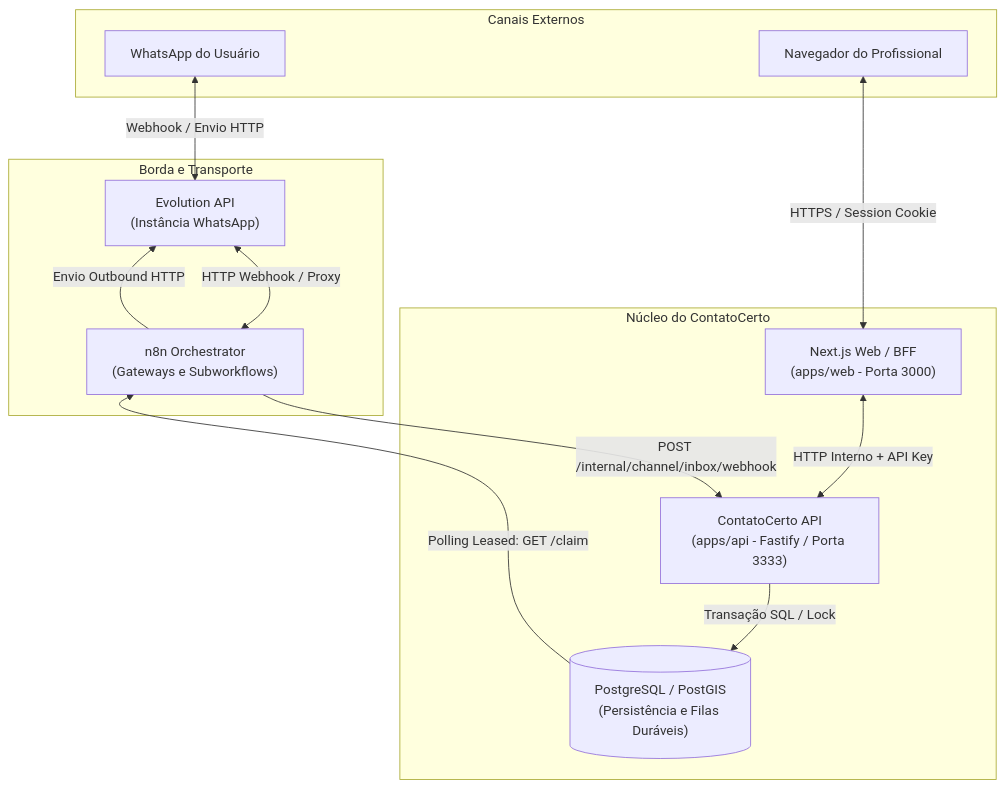
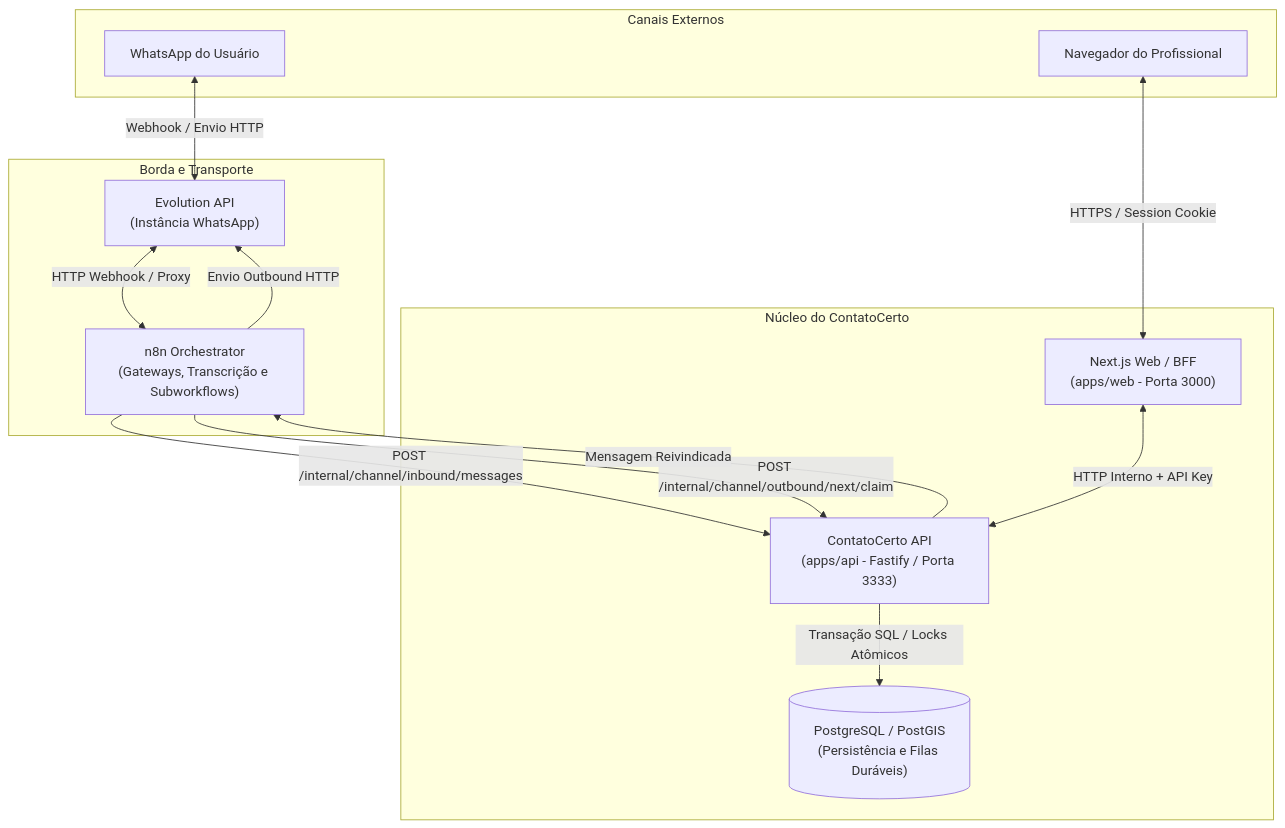
Before and after one commit to koglim/contato: the second of 3 diagrams in docs/TECHNICAL_OVERVIEW.md, drawn with Mermaid. The commit also changed other lines of this file and 8 other files, not shown here.

Commit message:
docs: align canonical documentation with current implementation and schemas

````diff
--- a/docs/TECHNICAL_OVERVIEW.md
+++ b/docs/TECHNICAL_OVERVIEW.md
@@ -25,28 +25,29 @@
 ```mermaid
 flowchart TD
     subgraph CanaisExternos ["Canais Externos"]
         WA["WhatsApp do Usuário"]
         Browser["Navegador do Profissional"]
     end
 
     subgraph BordaTransporte ["Borda e Transporte"]
         Evo["Evolution API\n(Instância WhatsApp)"]
-        N8N["n8n Orchestrator\n(Gateways e Subworkflows)"]
+        N8N["n8n Orchestrator\n(Gateways, Transcrição e Subworkflows)"]
     end
 
     subgraph CorePlataforma ["Núcleo do ContatoCerto"]
         WebBFF["Next.js Web / BFF\n(apps/web - Porta 3000)"]
         FastifyAPI["ContatoCerto API\n(apps/api - Fastify / Porta 3333)"]
         DB[("PostgreSQL / PostGIS\n(Persistência e Filas Duráveis)")]
     end
 
     WA <-->|"Webhook / Envio HTTP"| Evo
     Evo <-->|"HTTP Webhook / Proxy"| N8N
-    N8N -->|"POST /internal/channel/inbox/webhook"| FastifyAPI
-    FastifyAPI -->|"Transação SQL / Lock"| DB
-    DB -->|"Polling Leased: GET /claim"| N8N
+    N8N -->|"POST /internal/channel/inbound/messages"| FastifyAPI
+    N8N -->|"POST /internal/channel/outbound/next/claim"| FastifyAPI
+    FastifyAPI -->|"Transação SQL / Locks Atômicos"| DB
+    FastifyAPI -->|"Mensagem Reivindicada"| N8N
     N8N -->|"Envio Outbound HTTP"| Evo
 
     Browser <-->|"HTTPS / Session Cookie"| WebBFF
     WebBFF <-->|"HTTP Interno + API Key"| FastifyAPI
 ```
````
